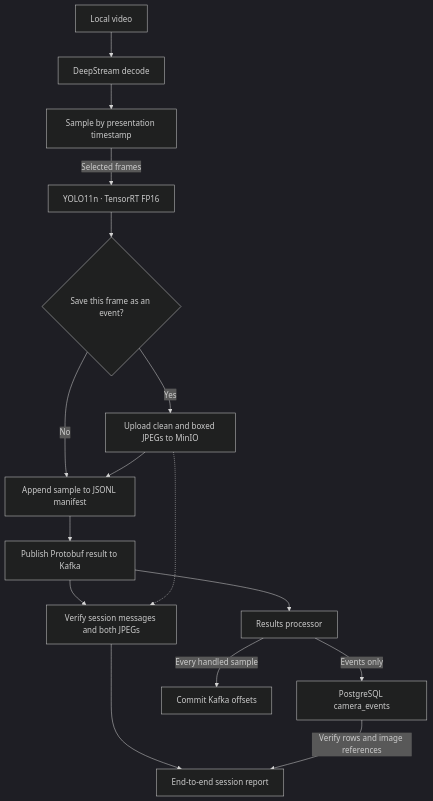
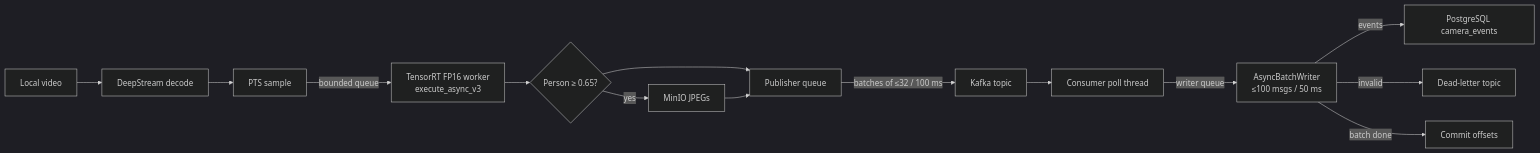
The diagram in README.md (ali031reza/deepstream-ai-monitoring), drawn with Mermaid (dark theme) before and after one commit. The commit also changed other lines of this file, not shown here.

Commit message:
Document TensorRT overlap and Kafka batching in the README.

````diff
--- a/README.md
+++ b/README.md
@@ -7,18 +17,16 @@
 ```mermaid
-flowchart TD
-    clip["Local video"] --> decode["DeepStream decode"]
-    decode --> sample["Sample by presentation timestamp"]
-    sample -->|Selected frames| infer["YOLO11n · TensorRT FP16"]
-    infer --> event{"Save this frame as an event?"}
-    event -->|Yes| files["Upload clean and boxed JPEGs to MinIO"]
-    event -->|No| record["Append sample to JSONL manifest"]
-    files --> record
-    record --> kafka["Publish Protobuf result to Kafka"]
-    kafka --> writer["Results processor"]
-    writer -->|Events only| db["PostgreSQL camera_events"]
-    writer -->|Every handled sample| offsets["Commit Kafka offsets"]
-    kafka --> replay["Verify session messages and both JPEGs"]
-    files -.-> replay
-    replay --> report["End-to-end session report"]
-    db -->|Verify rows and image references| report
+flowchart LR
+    clip["Local video"] --> ds["DeepStream decode"]
+    ds --> sample["PTS sample"]
+    sample -->|"bounded queue"| trt["TensorRT FP16 worker<br/>execute_async_v3"]
+    trt --> decide{"Person ≥ 0.65?"}
+    decide -->|yes| minio["MinIO JPEGs"]
+    decide --> pubQ["Publisher queue"]
+    minio --> pubQ
+    pubQ -->|"batches of ≤32 / 100 ms"| kafka["Kafka topic"]
+    kafka --> poll["Consumer poll thread"]
+    poll -->|"writer queue"| writer["AsyncBatchWriter<br/>≤100 msgs / 50 ms"]
+    writer -->|events| pg["PostgreSQL camera_events"]
+    writer -->|invalid| dlt["Dead-letter topic"]
+    writer -->|"batch done"| commit["Commit offsets"]
 ```
````
